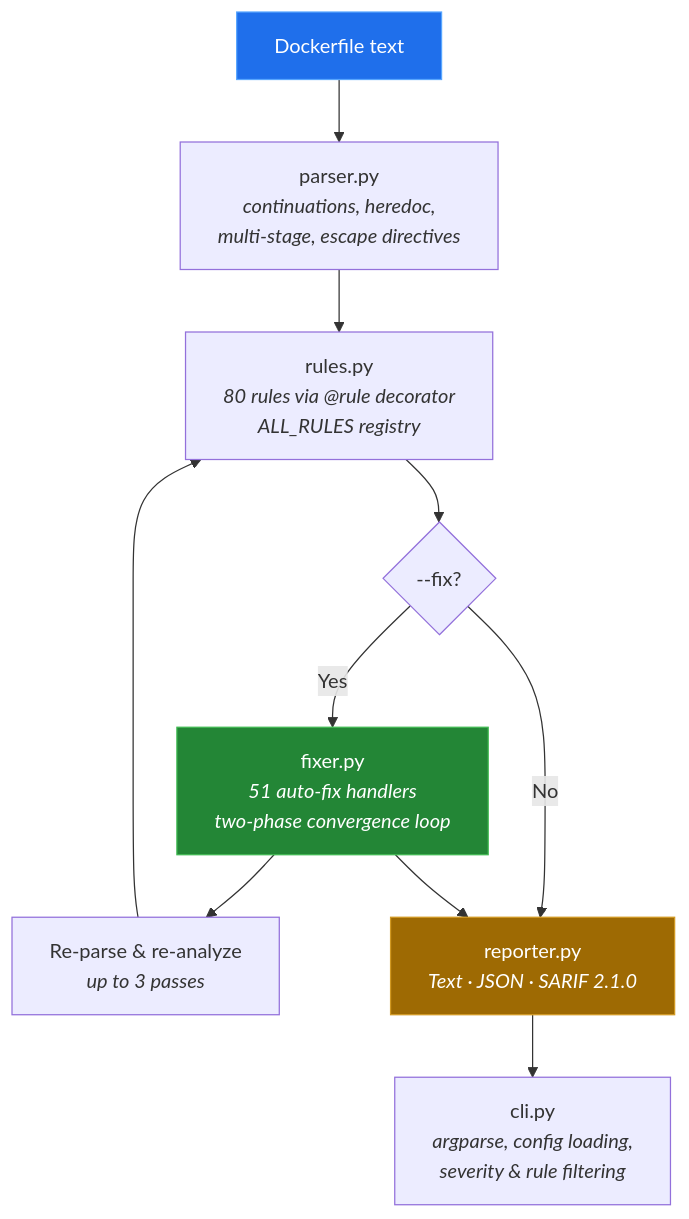
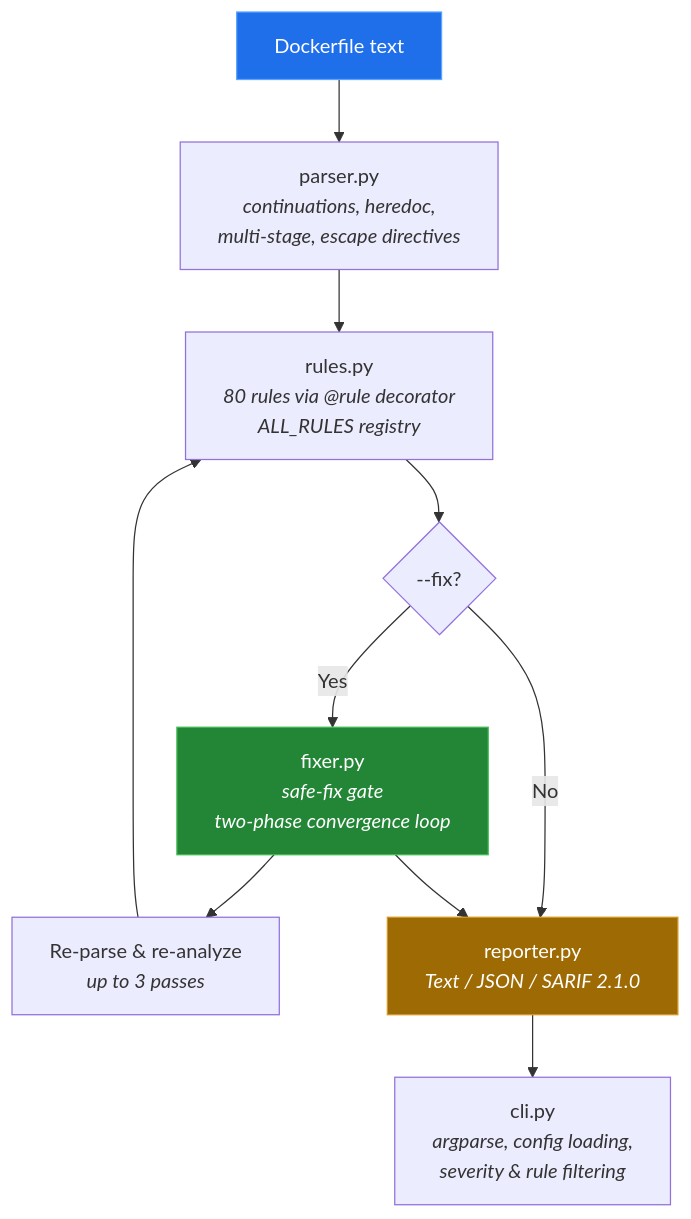
Before and after one commit to crabsatellite/dockerfile-doctor: the diagram in README.md, drawn with Mermaid. The commit also changed other lines of this file and 16 other files, not shown here.

````diff
--- a/README.md
+++ b/README.md
@@ -200,16 +146,16 @@
 ```mermaid
 flowchart TD
     A["Dockerfile text"] --> B["parser.py<br/><i>continuations, heredoc,<br/>multi-stage, escape directives</i>"]
     B --> C["rules.py<br/><i>80 rules via @rule decorator<br/>ALL_RULES registry</i>"]
     C --> D{"--fix?"}
-    D -- Yes --> E["fixer.py<br/><i>51 auto-fix handlers<br/>two-phase convergence loop</i>"]
+    D -- Yes --> E["fixer.py<br/><i>safe-fix gate<br/>two-phase convergence loop</i>"]
     E --> F["Re-parse & re-analyze<br/><i>up to 3 passes</i>"]
     F --> C
-    D -- No --> G["reporter.py<br/><i>Text · JSON · SARIF 2.1.0</i>"]
+    D -- No --> G["reporter.py<br/><i>Text / JSON / SARIF 2.1.0</i>"]
     E --> G
     G --> H["cli.py<br/><i>argparse, config loading,<br/>severity & rule filtering</i>"]
 
     style A fill:#1f6feb,stroke:#58a6ff,color:#fff
     style E fill:#238636,stroke:#3fb950,color:#fff
     style G fill:#9e6a03,stroke:#d29922,color:#fff
 ```
````
